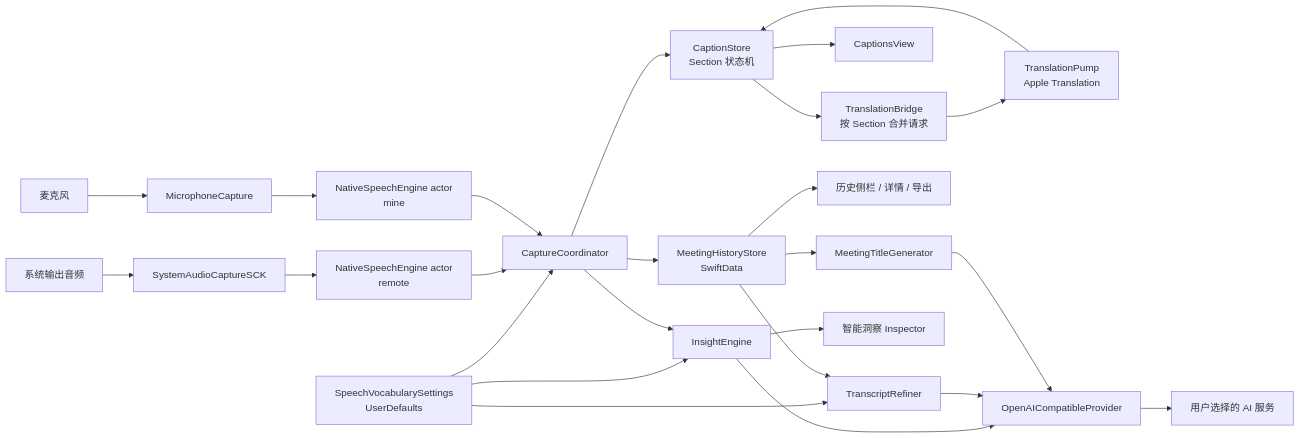
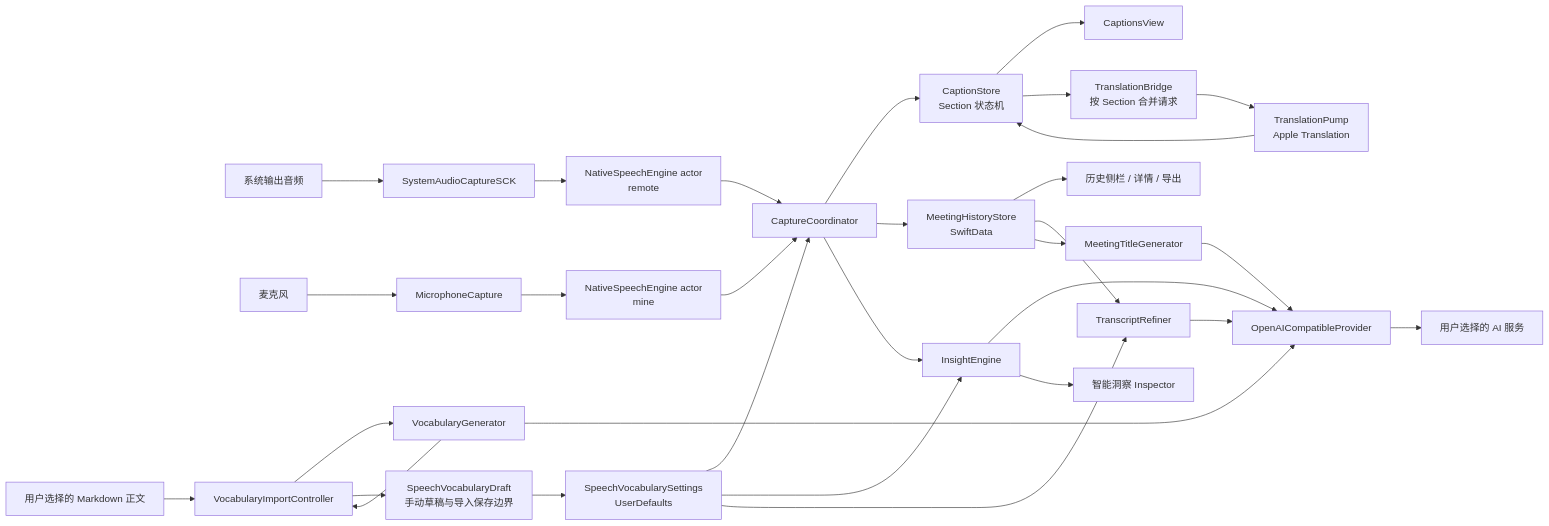
One commit to zjhch123/SameWave changed the diagram in doc/01-项目全景与架构.md. Above: the diagram before and after it, drawn with Mermaid. The commit also changed other lines of this file and 27 other files, not shown here.

First line of the commit message:
Improve Markdown vocabulary review and adopt SameWave branding (#5)

````diff
--- a/doc/01-项目全景与架构.md
+++ b/doc/01-项目全景与架构.md
@@ -50,27 +52,33 @@
 ```mermaid
 flowchart LR
     SYS[系统输出音频] --> SCK[SystemAudioCaptureSCK]
     MIC[麦克风] --> MC[MicrophoneCapture]
     VS[SpeechVocabularySettings\nUserDefaults] --> CO
     VS --> IE
     VS --> TR
+    MD[用户选择的 Markdown 正文] --> VI[VocabularyImportController]
+    VI --> VG[VocabularyGenerator]
+    VG --> VI
+    VI --> VD[SpeechVocabularyDraft\n手动草稿与导入保存边界]
+    VD --> VS
     SCK --> ASR1[NativeSpeechEngine actor\nremote]
     MC --> ASR2[NativeSpeechEngine actor\nmine]
     ASR1 --> CO[CaptureCoordinator]
     ASR2 --> CO
     CO --> CS[CaptionStore\nSection 状态机]
     CS --> CV[CaptionsView]
     CS --> TB[TranslationBridge\n按 Section 合并请求]
     TB --> TP[TranslationPump\nApple Translation]
     TP --> CS
     CO --> HS[MeetingHistoryStore\nSwiftData]
     HS --> SIDE[历史侧栏 / 详情 / 导出]
     CO --> IE[InsightEngine]
     HS --> TR[TranscriptRefiner]
     HS --> TG[MeetingTitleGenerator]
     IE --> OP[OpenAICompatibleProvider]
     TR --> OP
     TG --> OP
+    VG --> OP
     OP --> CLOUD[用户选择的 AI 服务]
     IE --> INS[智能洞察 Inspector]
 ```
````
